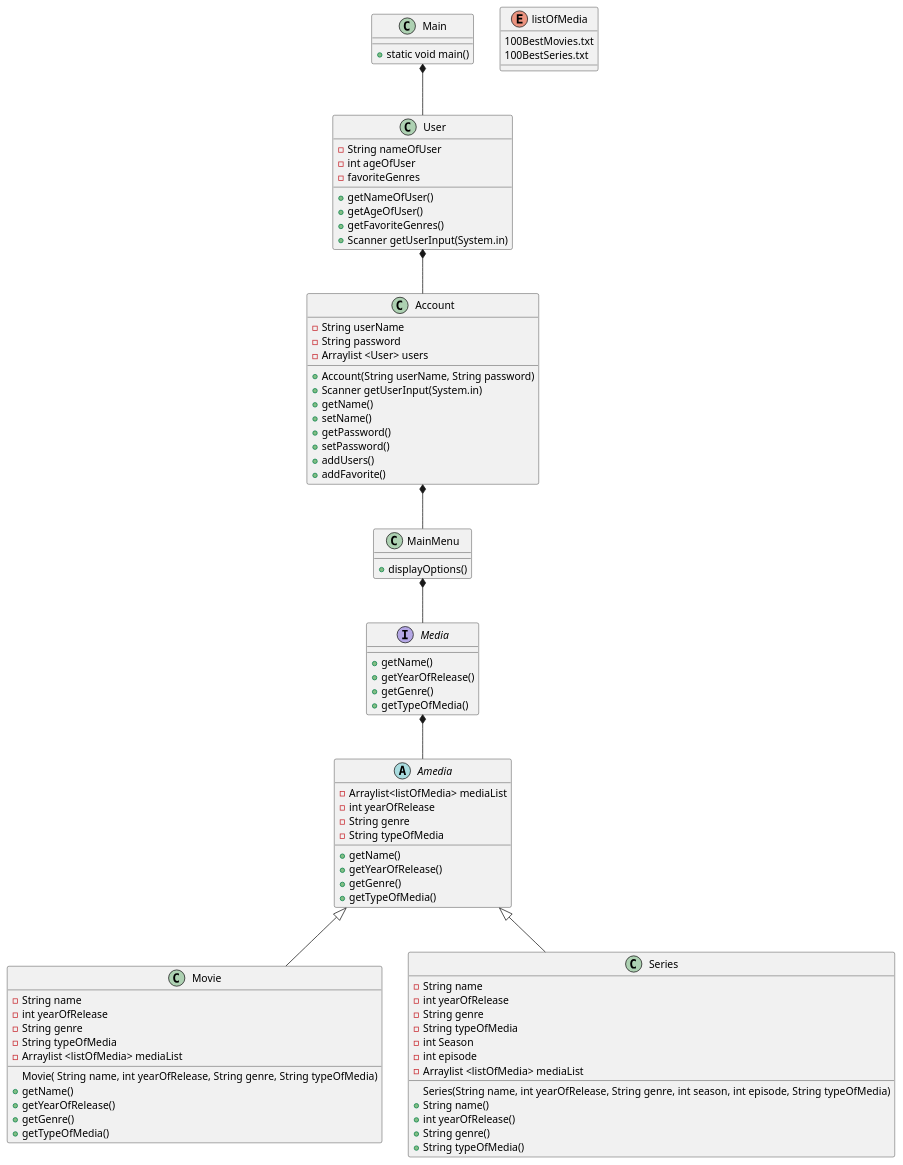
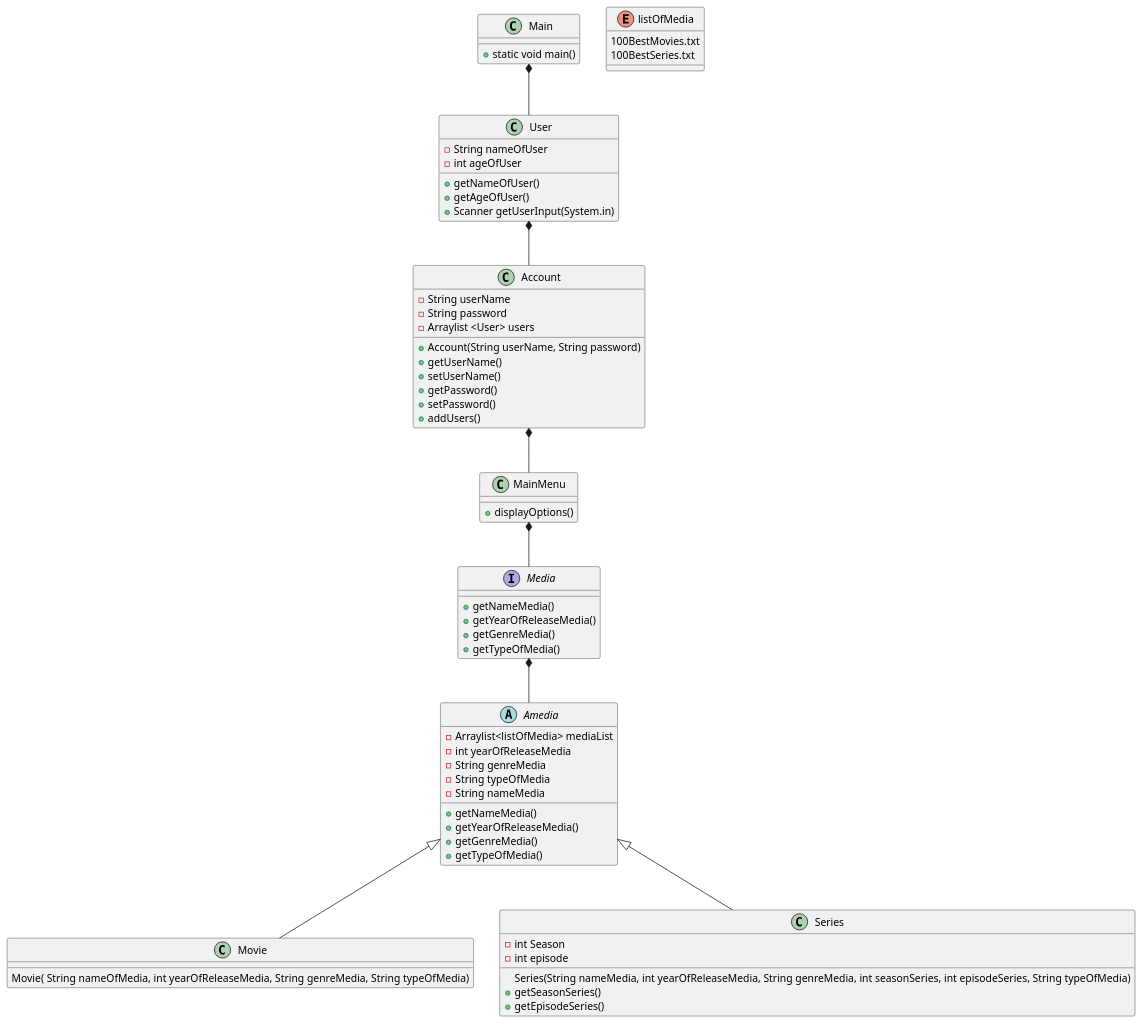
One commit to Ghostfear1713/SP3 changed the diagram in SP3 new/ClassDiagramV2.puml. Above: the diagram before and after it, drawn with PlantUML.

Commit message:
Tilføjelse d 3-11

```diff
--- a/SP3 new/ClassDiagramV2.puml
+++ b/SP3 new/ClassDiagramV2.puml
@@ -1,100 +1,91 @@
 @startuml
 'https://plantuml.com/class-diagram
 
 Main *-- User
 Main : + static void main()
 
 User *-- Account
 User : - String nameOfUser
 User : - int ageOfUser
-User : - favoriteGenres
+
 
 
 User : + getNameOfUser()
 User : + getAgeOfUser()
-User : + getFavoriteGenres()
 User : + Scanner getUserInput(System.in)
 
 
 
 
 Account : - String userName
 Account : - String password
 Account : - Arraylist <User> users
 
 
 Account : + Account(String userName, String password)
-Account : + Scanner getUserInput(System.in)
-Account : + getName()
-Account : + setName()
+Account : + getUserName()
+Account : + setUserName()
 Account : + getPassword()
 Account : + setPassword()
 Account : + addUsers()
-Account : + addFavorite()
+
 
 
 
 Account *-- MainMenu
 MainMenu : + displayOptions()
 
 
 
 
 MainMenu *-- Media
 
+
 Enum listOfMedia
 listOfMedia : 100BestMovies.txt
 listOfMedia : 100BestSeries.txt
 
 
 Media *-- Amedia
 Interface Media
-Media : + getName()
-Media : + getYearOfRelease()
-Media : + getGenre()
+Media : + getNameMedia()
+Media : + getYearOfReleaseMedia()
+Media : + getGenreMedia()
 Media : + getTypeOfMedia()
 
 
 Abstract Amedia
 Amedia : - Arraylist<listOfMedia> mediaList
-Amedia : - int yearOfRelease
-Amedia : - String genre
+Amedia : - int yearOfReleaseMedia
+Amedia : - String genreMedia
 Amedia : - String typeOfMedia
+Amedia : - String nameMedia
 
-Amedia : + getName()
-Amedia : + getYearOfRelease()
-Amedia : + getGenre()
+
+Amedia : + getNameMedia()
+Amedia : + getYearOfReleaseMedia()
+Amedia : + getGenreMedia()
 Amedia : + getTypeOfMedia()
 
 Amedia <|--  Movie
-Movie : - String name
-Movie : - int yearOfRelease
-Movie : - String genre
-Movie : - String typeOfMedia
-Movie : - Arraylist <listOfMedia> mediaList
 
-Movie : Movie( String name, int yearOfRelease, String genre, String typeOfMedia)
-Movie : + getName()
-Movie : + getYearOfRelease()
-Movie : + getGenre()
-Movie : + getTypeOfMedia()
+
+Movie : Movie( String nameOfMedia, int yearOfReleaseMedia, String genreMedia, String typeOfMedia)
+
 
 
 
 Amedia <|-- Series
-Series : - String name
-Series : - int yearOfRelease
-Series : - String genre
-Series : - String typeOfMedia
+
 Series : - int Season
 Series : - int episode
-Series : - Arraylist <listOfMedia> mediaList
 
 
-Series : Series(String name, int yearOfRelease, String genre, int season, int episode, String typeOfMedia)
-Series : + String name()
-Series : + int yearOfRelease()
-Series : + String genre()
-Series : + String typeOfMedia()
+
+Series : Series(String nameMedia, int yearOfReleaseMedia, String genreMedia, int seasonSeries, int episodeSeries, String typeOfMedia)
+
+Series : + getSeasonSeries()
+Series : + getEpisodeSeries()
+
 
 @endum
```
